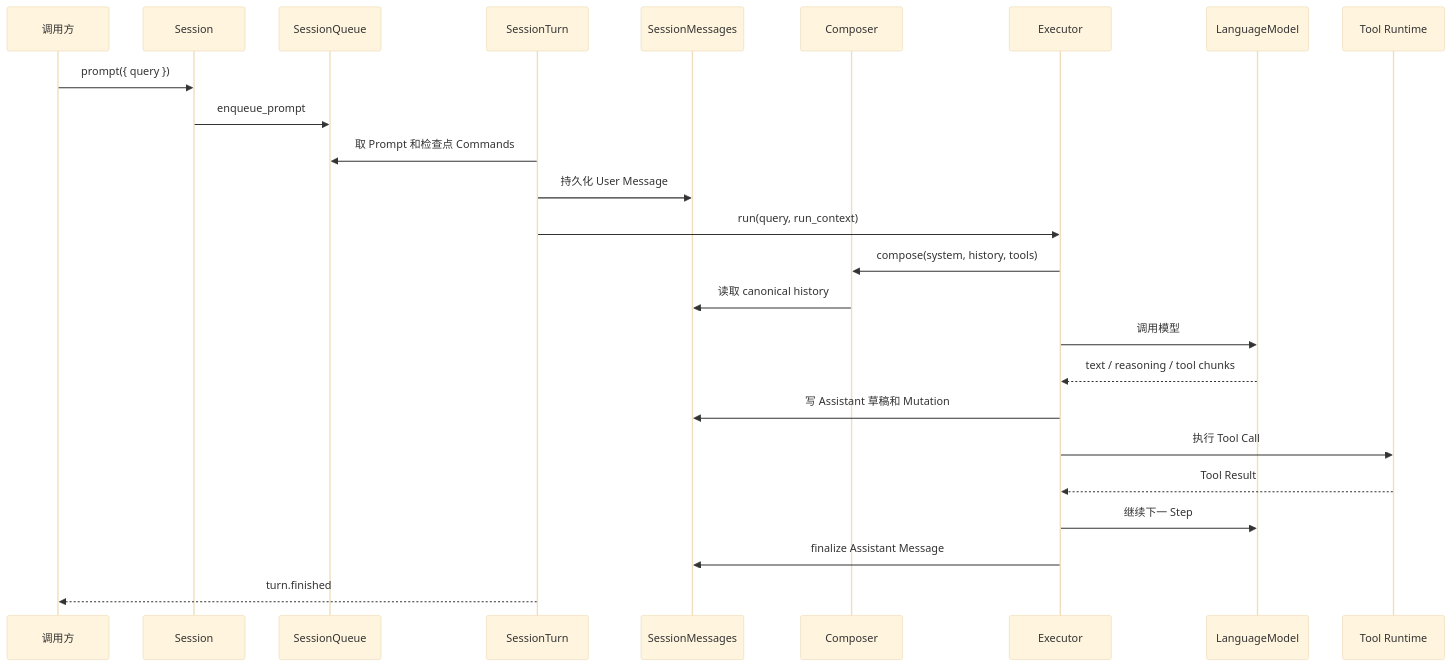
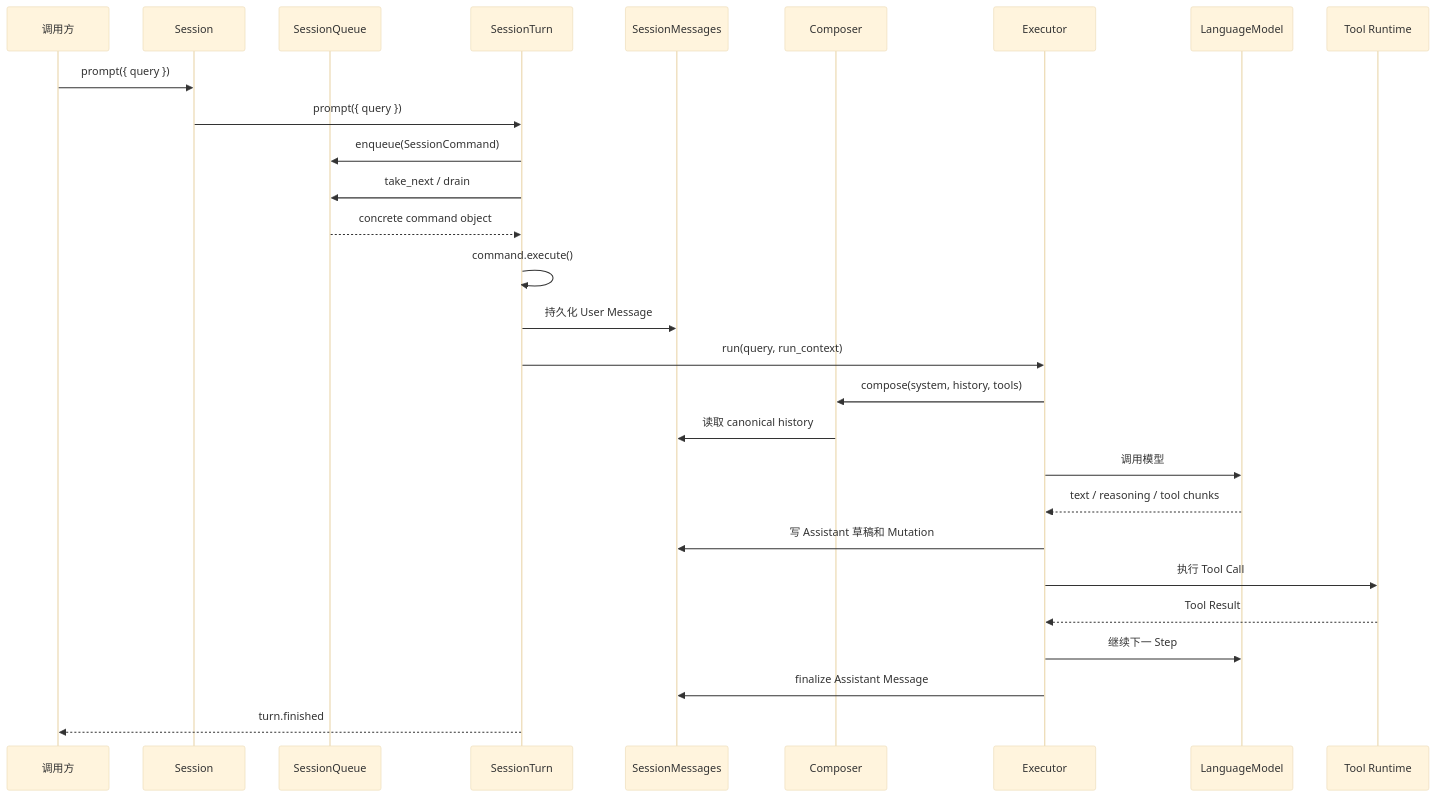
Before and after one commit to genesiscosmos/downcity: the third of 4 diagrams in docs/agent-sdk-architecture.md, drawn with Mermaid (base theme). The commit also changed other lines of this file and 32 other files, not shown here.

Commit message:
feat(agent): unify queued session commands

````diff
--- a/docs/agent-sdk-architecture.md
+++ b/docs/agent-sdk-architecture.md
@@ -453,28 +454,31 @@
 ```mermaid
 sequenceDiagram
     participant App as 调用方
     participant Session
     participant Queue as SessionQueue
     participant Turn as SessionTurn
     participant Messages as SessionMessages
     participant Composer
     participant Executor
     participant Model as LanguageModel
     participant Tool as Tool Runtime
 
     App->>Session: prompt({ query })
-    Session->>Queue: enqueue_prompt
-    Turn->>Queue: 取 Prompt 和检查点 Commands
+    Session->>Turn: prompt({ query })
+    Turn->>Queue: enqueue(SessionCommand)
+    Turn->>Queue: take_next / drain
+    Queue-->>Turn: concrete command object
+    Turn->>Turn: command.execute()
     Turn->>Messages: 持久化 User Message
     Turn->>Executor: run(query, run_context)
     Executor->>Composer: compose(system, history, tools)
     Composer->>Messages: 读取 canonical history
     Executor->>Model: 调用模型
     Model-->>Executor: text / reasoning / tool chunks
     Executor->>Messages: 写 Assistant 草稿和 Mutation
     Executor->>Tool: 执行 Tool Call
     Tool-->>Executor: Tool Result
     Executor->>Model: 继续下一 Step
     Executor->>Messages: finalize Assistant Message
     Turn-->>App: turn.finished
 ```
````
